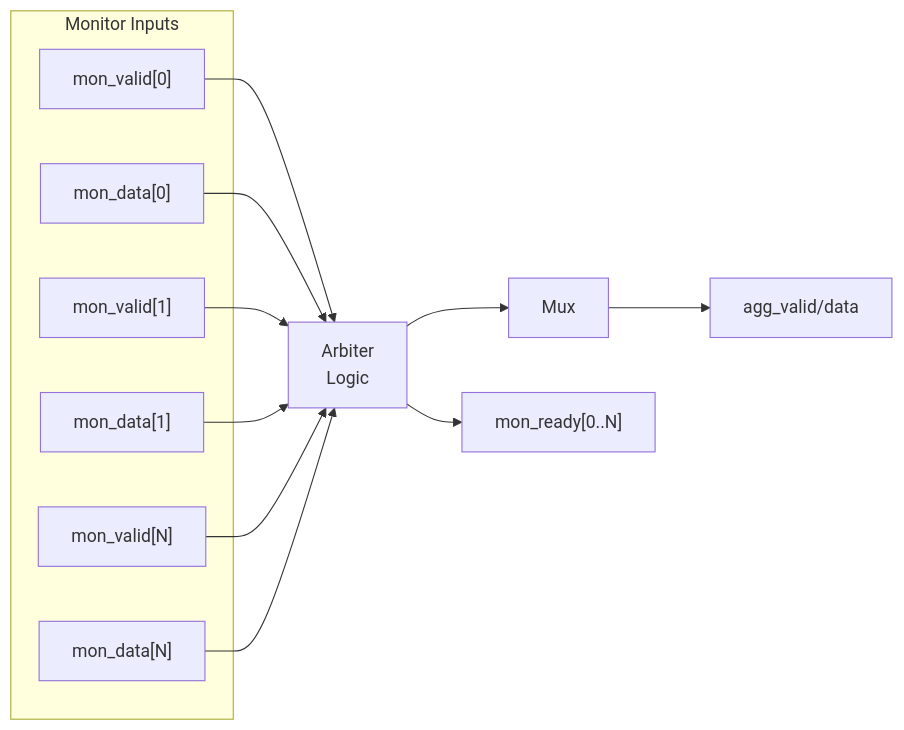
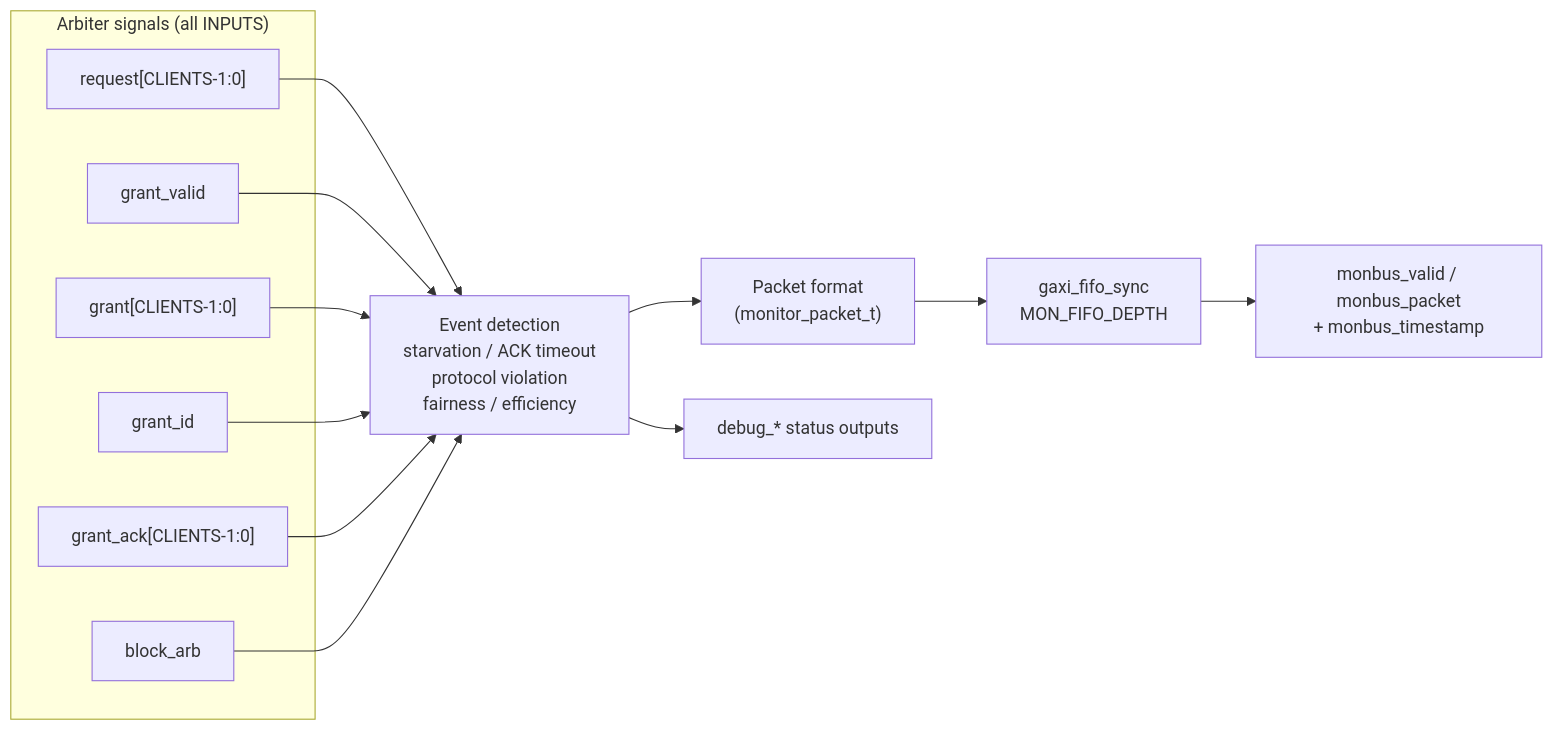
Before and after one commit to sean-galloway/RTLDesignSherpa: the diagram in docs/markdown/rtl-amba/monitor/arbiter_monbus_common.md, drawn with Mermaid. The commit also changed other lines of this file and 31 other files, not shown here.

````diff
--- a/docs/markdown/rtl-amba/monitor/arbiter_monbus_common.md
+++ b/docs/markdown/rtl-amba/monitor/arbiter_monbus_common.md
@@ -97,22 +119,23 @@
 ```mermaid
 flowchart LR
-    subgraph Inputs["Monitor Inputs"]
-        v0["mon_valid[0]"]
-        d0["mon_data[0]"]
-        v1["mon_valid[1]"]
-        d1["mon_data[1]"]
-        vn["mon_valid[N]"]
-        dn["mon_data[N]"]
+    subgraph Snoop["Arbiter signals (all INPUTS)"]
+        rq["request[CLIENTS-1:0]"]
+        gv["grant_valid"]
+        gr["grant[CLIENTS-1:0]"]
+        gid["grant_id"]
+        gack["grant_ack[CLIENTS-1:0]"]
+        blk["block_arb"]
     end
 
-    v0 --> arb["Arbiter<br/>Logic"]
-    d0 --> arb
-    v1 --> arb
-    d1 --> arb
-    vn --> arb
-    dn --> arb
+    rq --> det["Event detection<br/>starvation / ACK timeout<br/>protocol violation<br/>fairness / efficiency"]
+    gv --> det
+    gr --> det
+    gid --> det
+    gack --> det
+    blk --> det
 
-    arb --> mux["Mux"]
-    mux --> out["agg_valid/data"]
-    arb --> rdy["mon_ready[0..N]"]
+    det --> pkt["Packet format<br/>(monitor_packet_t)"]
+    pkt --> fifo["gaxi_fifo_sync<br/>MON_FIFO_DEPTH"]
+    fifo --> out["monbus_valid / monbus_packet<br/>+ monbus_timestamp"]
+    det --> dbg["debug_* status outputs"]
 ```
````
